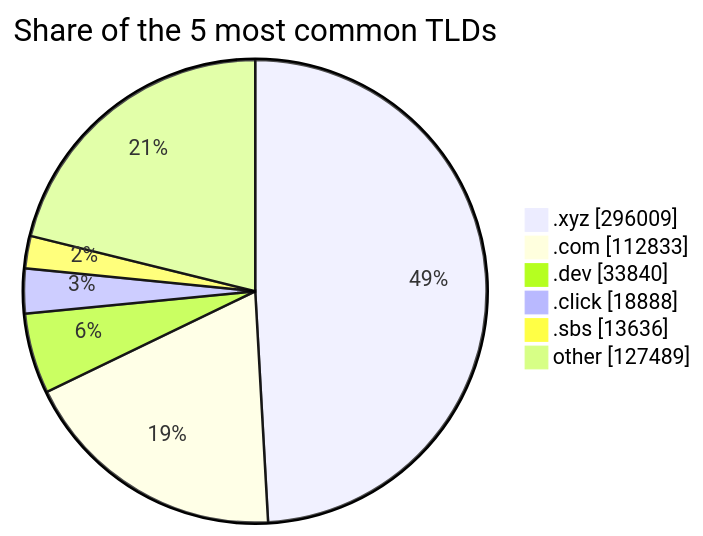
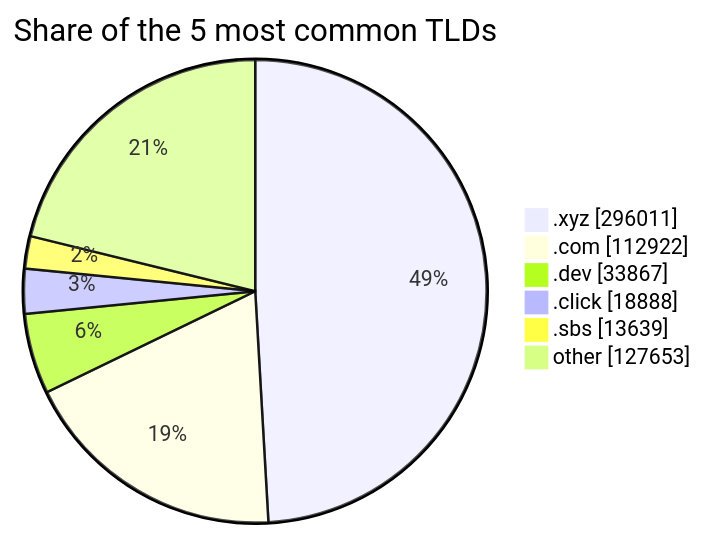
Before and after one commit to DNSBunker/CTI: the third of 3 diagrams in README.md, drawn with Mermaid. The commit also changed other lines of this file and 3 other files, not shown here.

````diff
--- a/README.md
+++ b/README.md
@@ -81,9 +81,9 @@
 ```mermaid
 pie showData title Share of the 5 most common TLDs
-    ".xyz" : 296009
-    ".com" : 112833
-    ".dev" : 33840
+    ".xyz" : 296011
+    ".com" : 112922
+    ".dev" : 33867
     ".click" : 18888
-    ".sbs" : 13636
-    "other" : 127489
+    ".sbs" : 13639
+    "other" : 127653
 ```
````
